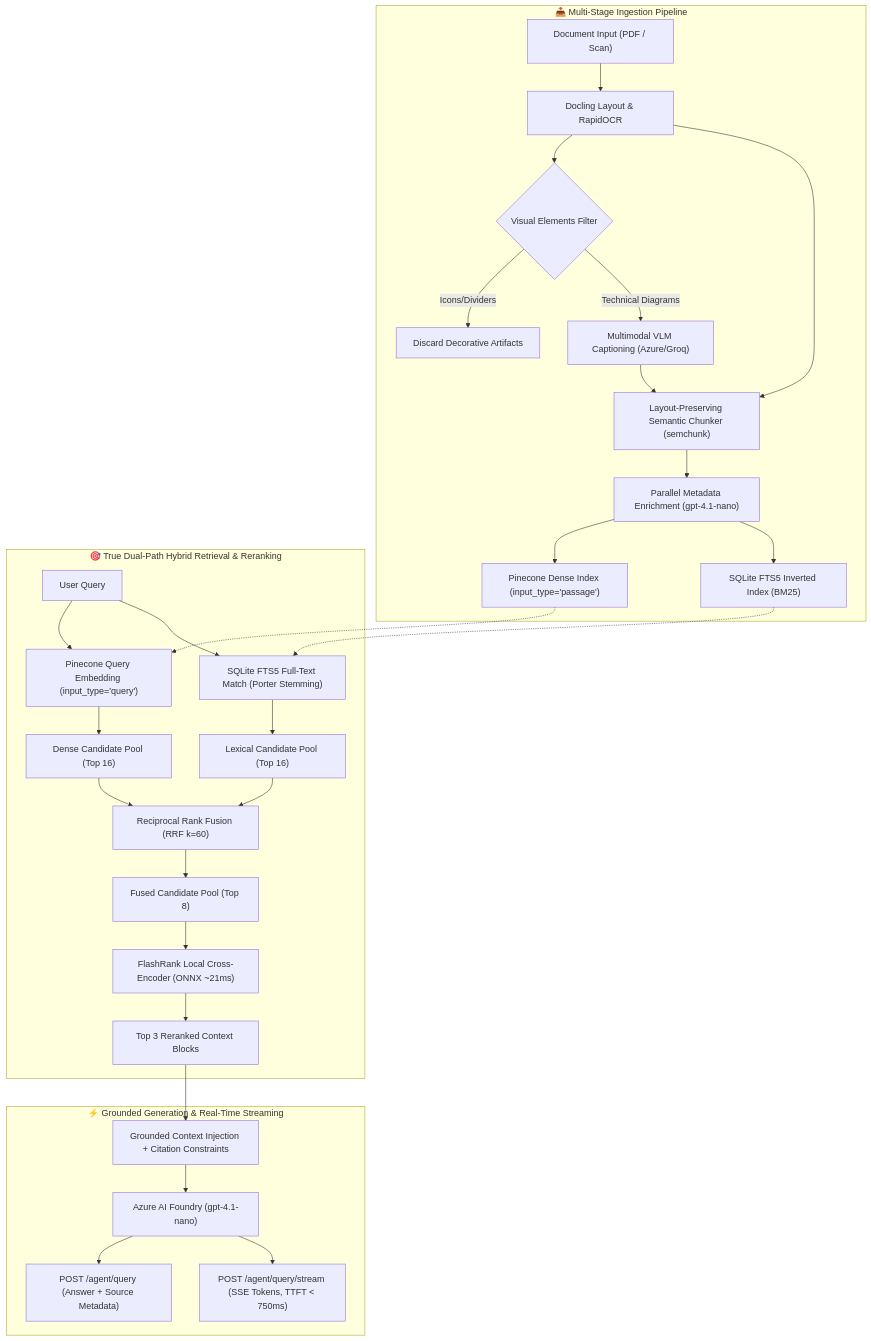
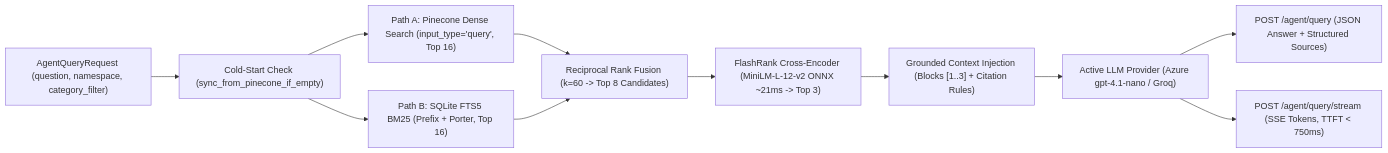
Before and after one commit to kaschefi/Semantic-ETL-Pipeline: the second of 2 diagrams in README.md, drawn with Mermaid. The commit also changed other lines of this file, not shown here.

````diff
--- a/README.md
+++ b/README.md
@@ -17,35 +43,16 @@
 ```mermaid
-flowchart TD
-    subgraph Ingestion["📥 Multi-Stage Ingestion Pipeline"]
-        A["Document Input (PDF / Scan)"] --> B["Docling Layout & RapidOCR"]
-        B --> C{"Visual Elements Filter"}
-        C -- "Icons/Dividers" --> Drop["Discard Decorative Artifacts"]
-        C -- "Technical Diagrams" --> VLM["Multimodal VLM Captioning (Azure/Groq)"]
-        B --> Chunker["Layout-Preserving Semantic Chunker (semchunk)"]
-        VLM --> Chunker
-        Chunker --> Enricher["Parallel Metadata Enrichment (gpt-4.1-nano)"]
-        Enricher --> UpsertDense["Pinecone Dense Index (input_type='passage')"]
-        Enricher --> UpsertBM25["SQLite FTS5 Inverted Index (BM25)"]
-    end
+flowchart LR
+    Req["AgentQueryRequest (question, namespace, category_filter)"] --> Sync["Cold-Start Check (sync_from_pinecone_if_empty)"]
+    Sync --> Dense["Path A: Pinecone Dense Search (input_type='query', Top 16)"]
+    Sync --> Sparse["Path B: SQLite FTS5 BM25 (Prefix + Porter, Top 16)"]
 
-    subgraph Retrieval["🎯 True Dual-Path Hybrid Retrieval & Reranking"]
-        Q["User Query"] --> EmbedQuery["Pinecone Query Embedding (input_type='query')"]
-        Q --> BM25Query["SQLite FTS5 Full-Text Match (Porter Stemming)"]
-        UpsertDense -.-> EmbedQuery
-        UpsertBM25 -.-> BM25Query
-        EmbedQuery --> DenseHits["Dense Candidate Pool (Top 16)"]
-        BM25Query --> BM25Hits["Lexical Candidate Pool (Top 16)"]
-        DenseHits --> RRF["Reciprocal Rank Fusion (RRF k=60)"]
-        BM25Hits --> RRF
-        RRF --> FusedPool["Fused Candidate Pool (Top 8)"]
-        FusedPool --> CrossEncoder["FlashRank Local Cross-Encoder (ONNX ~21ms)"]
-        CrossEncoder --> TopK["Top 3 Reranked Context Blocks"]
-    end
+    Dense --> RRF["Reciprocal Rank Fusion (k=60 -> Top 8 Candidates)"]
+    Sparse --> RRF
 
-    subgraph Generation["⚡ Grounded Generation & Real-Time Streaming"]
-        TopK --> Prompt["Grounded Context Injection + Citation Constraints"]
-        Prompt --> LLM["Azure AI Foundry (gpt-4.1-nano)"]
-        LLM --> OutSync["POST /agent/query (Answer + Source Metadata)"]
-        LLM --> OutStream["POST /agent/query/stream (SSE Tokens, TTFT < 750ms)"]
-    end
+    RRF --> Rerank["FlashRank Cross-Encoder (MiniLM-L-12-v2 ONNX ~21ms -> Top 3)"]
+    Rerank --> Prompt["Grounded Context Injection (Blocks [1..3] + Citation Rules)"]
+    Prompt --> LLM["Active LLM Provider (Azure gpt-4.1-nano / Groq)"]
+
+    LLM --> OutSync["POST /agent/query (JSON Answer + Structured Sources)"]
+    LLM --> OutSSE["POST /agent/query/stream (SSE Tokens, TTFT < 750ms)"]
 ```
````
